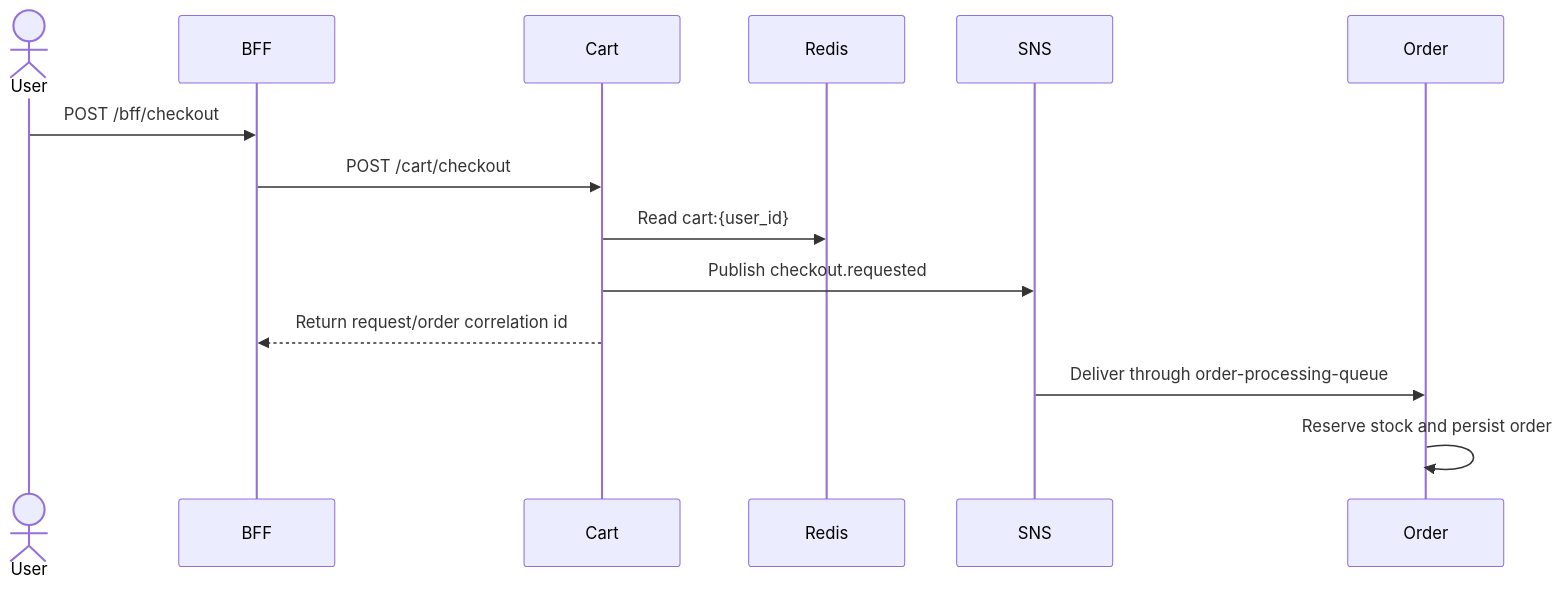
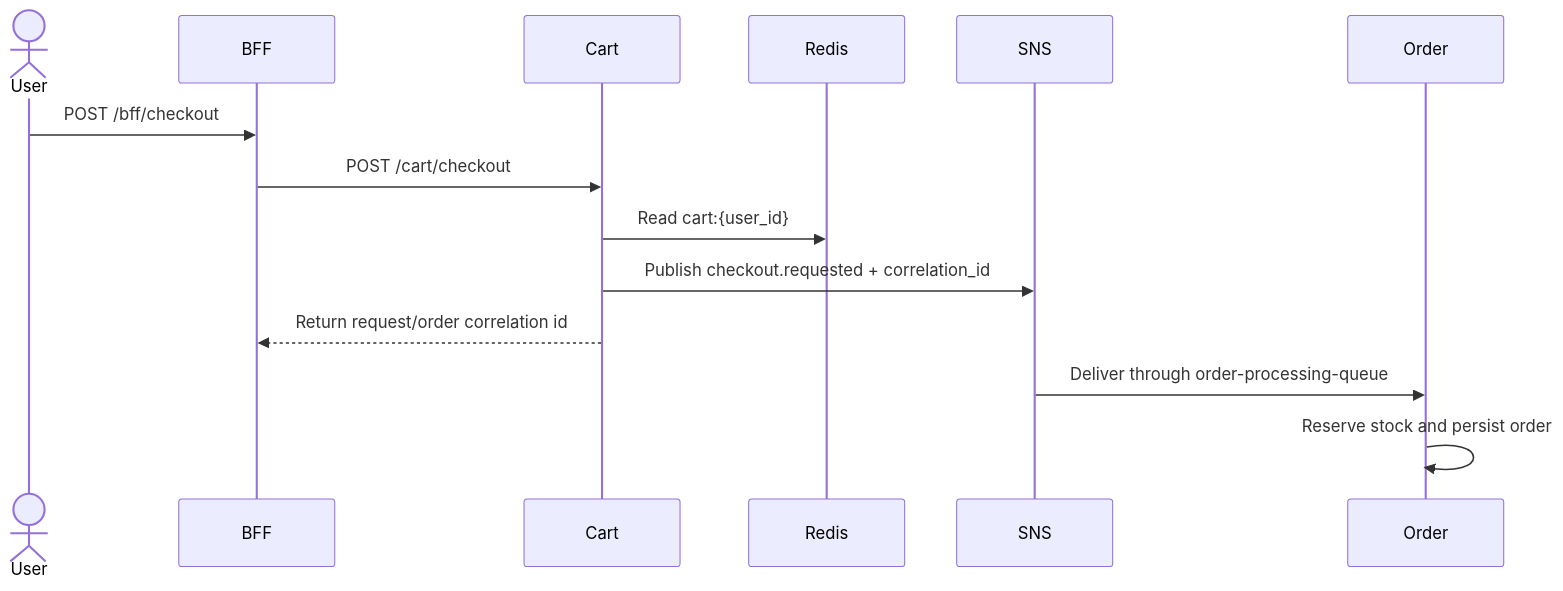
Before and after one commit to yashrajoria/E-Commerce-backend: the second of 2 diagrams in backend/services/cart-service/README.md, drawn with Mermaid. The commit also changed other lines of this file and 75 other files, not shown here.

````diff
--- a/backend/services/cart-service/README.md
+++ b/backend/services/cart-service/README.md
@@ -28,17 +29,17 @@
 ```mermaid
 sequenceDiagram
   actor User
   participant BFF
   participant Cart
   participant Redis
   participant SNS
   participant Order
 
   User->>BFF: POST /bff/checkout
   BFF->>Cart: POST /cart/checkout
   Cart->>Redis: Read cart:{user_id}
-  Cart->>SNS: Publish checkout.requested
+  Cart->>SNS: Publish checkout.requested + correlation_id
   Cart-->>BFF: Return request/order correlation id
   SNS->>Order: Deliver through order-processing-queue
   Order->>Order: Reserve stock and persist order
 ```
````
